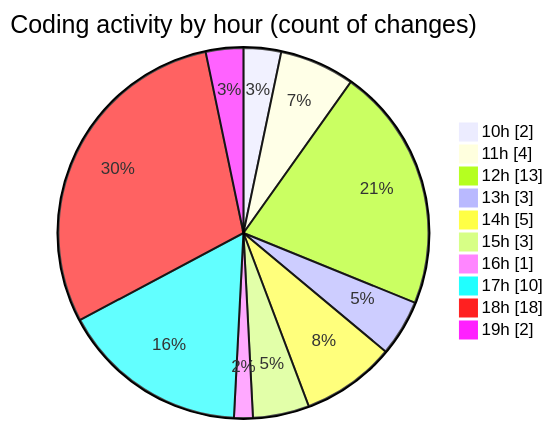
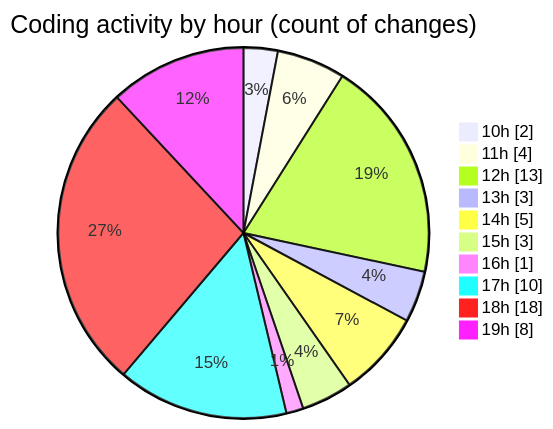
The second of 2 diagrams in 2025-11-06/nxtqube_webapp/README.md (nxtqubesakshisongat/code-tracking), drawn with Mermaid before and after one commit. The commit also changed other lines of this file and 1 other file, not shown here.

````diff
--- a/2025-11-06/nxtqube_webapp/README.md
+++ b/2025-11-06/nxtqube_webapp/README.md
@@ -43,14 +43,14 @@
 ```mermaid
 pie showData
 title Coding activity by hour (count of changes)
 "10h" : 2
 "11h" : 4
 "12h" : 13
 "13h" : 3
 "14h" : 5
 "15h" : 3
 "16h" : 1
 "17h" : 10
 "18h" : 18
-"19h" : 2
+"19h" : 8
 ```
````
